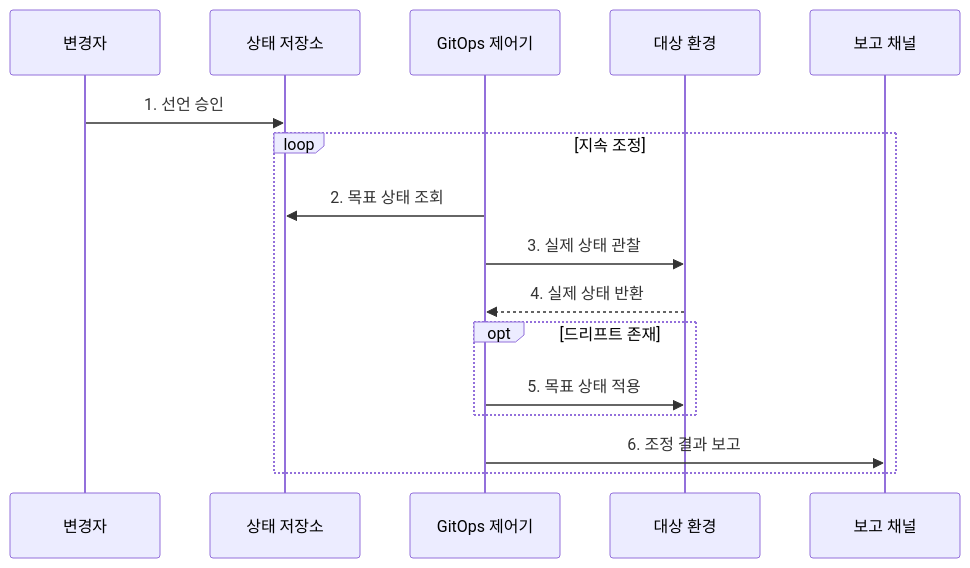
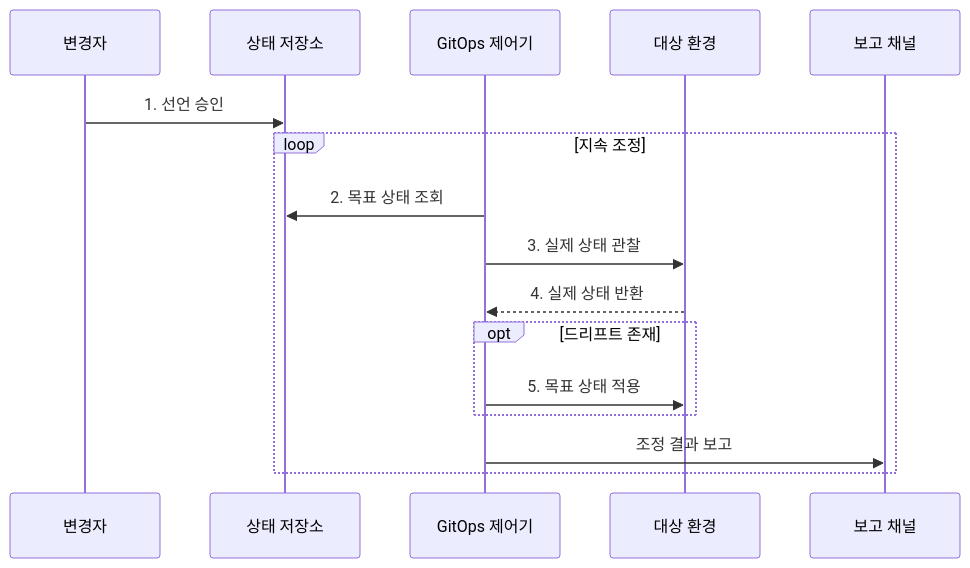
Before and after one commit to agnusdei1207/knowledge-base: the second of 2 diagrams in src/content/docs/notes/03-software/055_gitops.md, drawn with Mermaid. The commit also changed other lines of this file and 238 other files, not shown here.

````diff
--- a/src/content/docs/notes/03-software/055_gitops.md
+++ b/src/content/docs/notes/03-software/055_gitops.md
@@ -85,18 +87,18 @@
 ```mermaid
 sequenceDiagram
     participant U as 변경자
     participant R as 상태 저장소
     participant C as GitOps 제어기
     participant E as 대상 환경
     participant N as 보고 채널
     U->>R: 1. 선언 승인
     loop 지속 조정
         C->>R: 2. 목표 상태 조회
         C->>E: 3. 실제 상태 관찰
         E-->>C: 4. 실제 상태 반환
         opt 드리프트 존재
             C->>E: 5. 목표 상태 적용
         end
-        C->>N: 6. 조정 결과 보고
+        C->>N: 조정 결과 보고
     end
 ```
````
